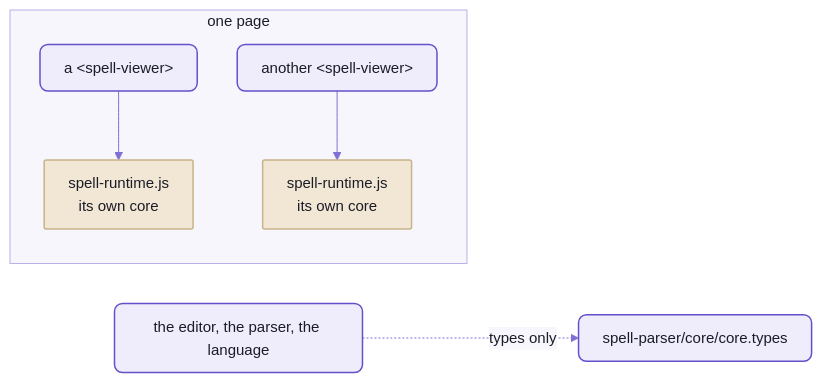
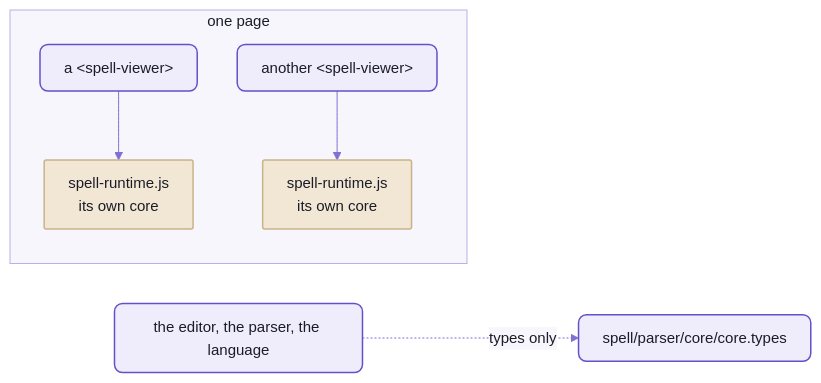
One commit to spell-app/spell changed the second of 2 diagrams in parser/README-core.md. Above: the diagram before and after it, drawn with Mermaid. The commit also changed other lines of this file and 2812 other files, not shown here.

Commit message:
repo-split P20:  One Repo -- spell rename imports over the merged repo:  spell-ui/x => spell/ui/x (and parser, epic, app), each <repo>-source => spell-source, paths naming the old folders => the new (../spell-ui/ => ../ui/), GitHub links into the old repos' files => the merged repo's

````diff
--- a/parser/README-core.md
+++ b/parser/README-core.md
@@ -510,13 +510,13 @@
 ```mermaid
 %%{init: {"theme":"base","themeVariables":{"fontFamily":"-apple-system, BlinkMacSystemFont, Segoe UI, Helvetica, Arial, sans-serif","fontSize":"15px","primaryColor":"#EFECFB","primaryBorderColor":"#6550CA","primaryTextColor":"#1A1C27","secondaryColor":"#F4F1E9","tertiaryColor":"#F7F6FC","lineColor":"#7F6FD6","textColor":"#7F6FD6","clusterBkg":"#F7F6FC","clusterBorder":"#B9B0E8","titleColor":"#1A1C27","edgeLabelBackground":"#F7F6FC","actorBkg":"#EFECFB","actorBorder":"#6550CA","actorTextColor":"#1A1C27","actorLineColor":"#9C90DE","signalColor":"#7F6FD6","signalTextColor":"#7F6FD6","labelBoxBkgColor":"#EFECFB","labelBoxBorderColor":"#6550CA","labelTextColor":"#1A1C27","loopTextColor":"#7F6FD6","noteBkgColor":"#F1E7D4","noteBorderColor":"#C9B48A","noteTextColor":"#1A1C27","activationBkgColor":"#DCD6F7","activationBorderColor":"#6550CA","sequenceNumberColor":"#FFFFFF"},"flowchart":{"curve":"basis","padding":12,"nodeSpacing":40,"rankSpacing":44}}}%%
 flowchart LR
   subgraph page ["one page"]
     a1["a &lt;spell-viewer&gt;"] --> r1["spell-runtime.js<br/>its own core"]
     a2["another &lt;spell-viewer&gt;"] --> r2["spell-runtime.js<br/>its own core"]
   end
-  ed["the editor, the parser, the language"] -. "types only" .-> types["spell-parser/core/core.types"]
+  ed["the editor, the parser, the language"] -. "types only" .-> types["spell/parser/core/core.types"]
   %% the Spell look:  yarn mermaid:pretty
   classDef default fill:#EFECFB,stroke:#6550CA,stroke-width:1.5px,color:#1A1C27,rx:8px,ry:8px
   classDef data fill:#F1E7D4,stroke:#C9B48A,stroke-width:1.5px,color:#1A1C27,rx:2px,ry:2px
   class r1,r2 data
 ```
````
